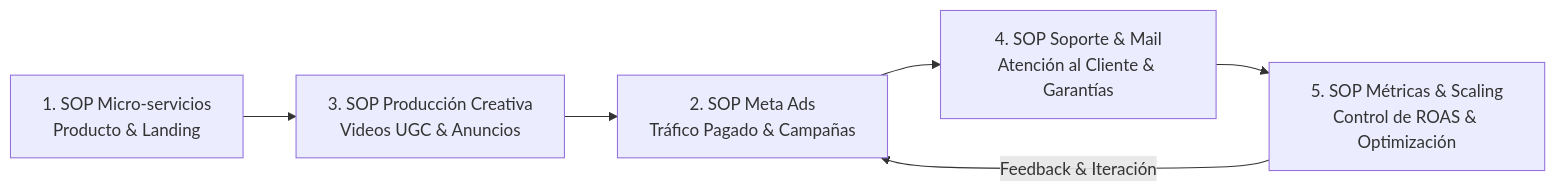
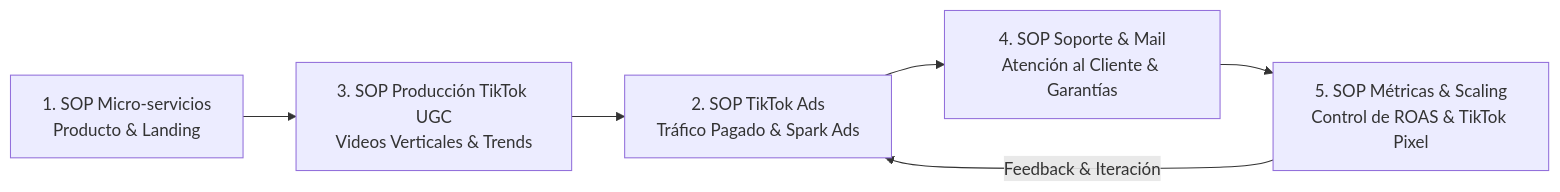
One commit to thequantpartners/boveda changed the diagram in docs/SOP_Mapa_Procesos_Empresa.md. Above: the diagram before and after it, drawn with Mermaid. The commit also changed other lines of this file and 2 other files, not shown here.

Commit message:
docs: migrar canal de trafico pagado principal de Meta Ads a TikTok Ads en SOPs y AGENTS.md

````diff
--- a/docs/SOP_Mapa_Procesos_Empresa.md
+++ b/docs/SOP_Mapa_Procesos_Empresa.md
@@ -9,8 +9,8 @@
 ```mermaid
 flowchart LR
-    A[1. SOP Micro-servicios<br/>Producto & Landing] --> B[3. SOP Producción Creativa<br/>Videos UGC & Anuncios]
-    B --> C[2. SOP Meta Ads<br/>Tráfico Pagado & Campañas]
+    A[1. SOP Micro-servicios<br/>Producto & Landing] --> B[3. SOP Producción TikTok UGC<br/>Videos Verticales & Trends]
+    B --> C[2. SOP TikTok Ads<br/>Tráfico Pagado & Spark Ads]
     C --> D[4. SOP Soporte & Mail<br/>Atención al Cliente & Garantías]
-    D --> E[5. SOP Métricas & Scaling<br/>Control de ROAS & Optimización]
+    D --> E[5. SOP Métricas & Scaling<br/>Control de ROAS & TikTok Pixel]
     E -->|Feedback & Iteración| C
 ```
````
